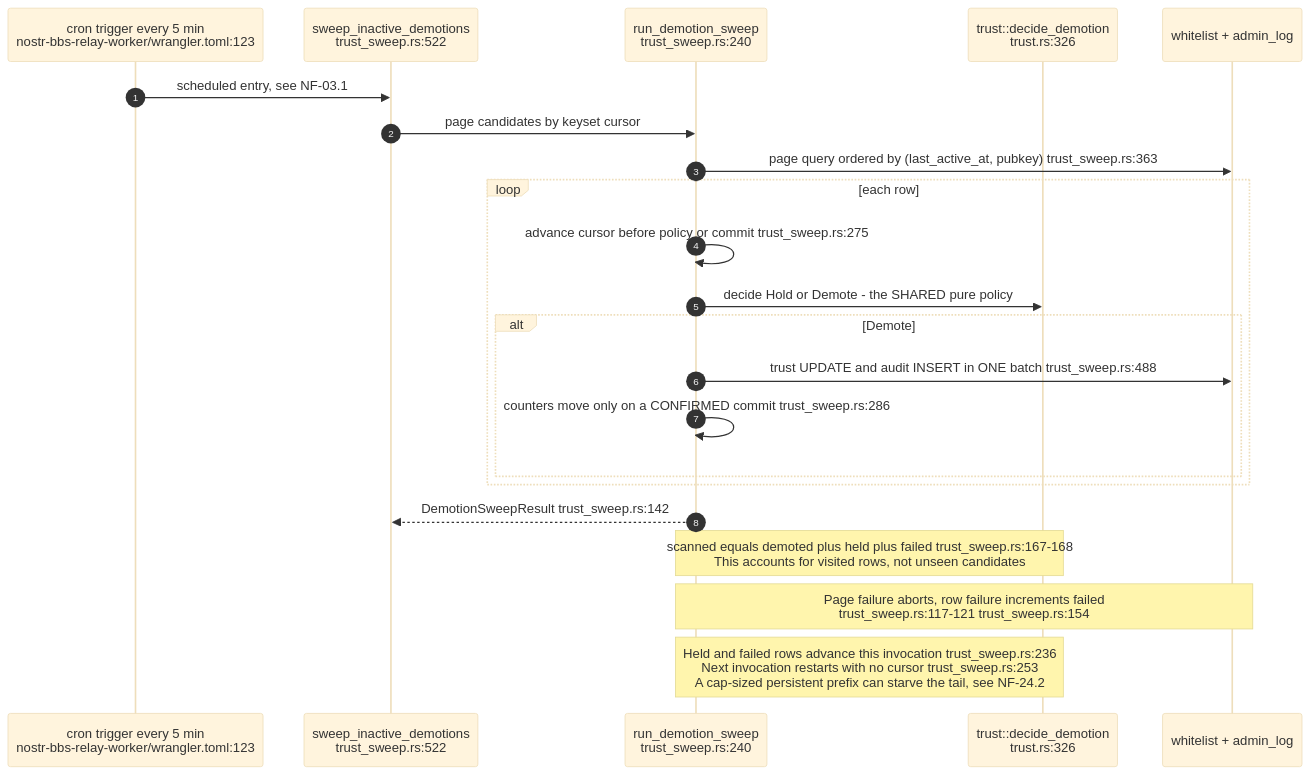
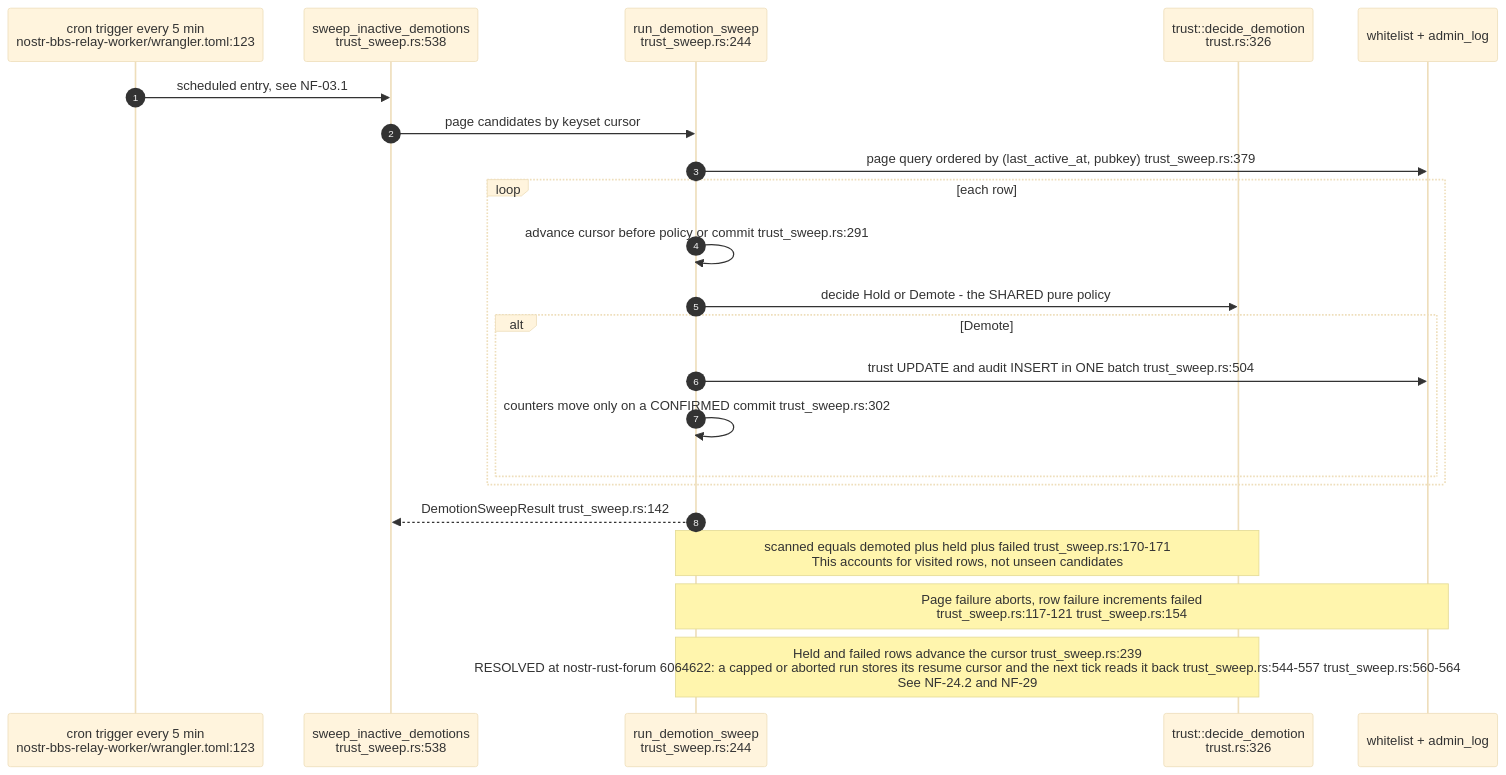
Before and after one commit to DreamLab-AI/VisionFlow: the tenth of 16 diagrams in docs/diagrams/nostr-rust-forum/11-relay-durable-object-internals.md, drawn with Mermaid (base theme). The commit also changed other lines of this file and 59 other files, not shown here.

First line of the commit message:
docs(diagrams): re-derive and re-stamp forum, website, pod, ontomark and sealmap topics

````diff
--- a/docs/diagrams/nostr-rust-forum/11-relay-durable-object-internals.md
+++ b/docs/diagrams/nostr-rust-forum/11-relay-durable-object-internals.md
@@ -342,26 +342,26 @@
 ```mermaid
 sequenceDiagram
     autonumber
     participant CR as cron trigger every 5 min<br/>nostr-bbs-relay-worker/wrangler.toml:123
-    participant SW as sweep_inactive_demotions<br/>trust_sweep.rs:522
-    participant RUN as run_demotion_sweep<br/>trust_sweep.rs:240
+    participant SW as sweep_inactive_demotions<br/>trust_sweep.rs:538
+    participant RUN as run_demotion_sweep<br/>trust_sweep.rs:244
     participant POL as trust::decide_demotion<br/>trust.rs:326
     participant D1 as whitelist + admin_log
 
     CR->>SW: scheduled entry, see NF-03.1
     SW->>RUN: page candidates by keyset cursor
-    RUN->>D1: page query ordered by (last_active_at, pubkey) trust_sweep.rs:363
+    RUN->>D1: page query ordered by (last_active_at, pubkey) trust_sweep.rs:379
     loop each row
-        RUN->>RUN: advance cursor before policy or commit trust_sweep.rs:275
+        RUN->>RUN: advance cursor before policy or commit trust_sweep.rs:291
         RUN->>POL: decide Hold or Demote - the SHARED pure policy
         alt Demote
-            RUN->>D1: trust UPDATE and audit INSERT in ONE batch trust_sweep.rs:488
-            RUN->>RUN: counters move only on a CONFIRMED commit trust_sweep.rs:286
+            RUN->>D1: trust UPDATE and audit INSERT in ONE batch trust_sweep.rs:504
+            RUN->>RUN: counters move only on a CONFIRMED commit trust_sweep.rs:302
         end
     end
     RUN-->>SW: DemotionSweepResult trust_sweep.rs:142
 
-    Note over RUN,POL: scanned equals demoted plus held plus failed trust_sweep.rs:167-168<br/>This accounts for visited rows, not unseen candidates
+    Note over RUN,POL: scanned equals demoted plus held plus failed trust_sweep.rs:170-171<br/>This accounts for visited rows, not unseen candidates
     Note over RUN,D1: Page failure aborts, row failure increments failed<br/>trust_sweep.rs:117-121 trust_sweep.rs:154
-    Note over RUN,POL: Held and failed rows advance this invocation trust_sweep.rs:236<br/>Next invocation restarts with no cursor trust_sweep.rs:253<br/>A cap-sized persistent prefix can starve the tail, see NF-24.2
+    Note over RUN,POL: Held and failed rows advance the cursor trust_sweep.rs:239<br/>RESOLVED at nostr-rust-forum 6064622: a capped or aborted run stores its resume cursor and the next tick reads it back trust_sweep.rs:544-557 trust_sweep.rs:560-564<br/>See NF-24.2 and NF-29
 ```
````
